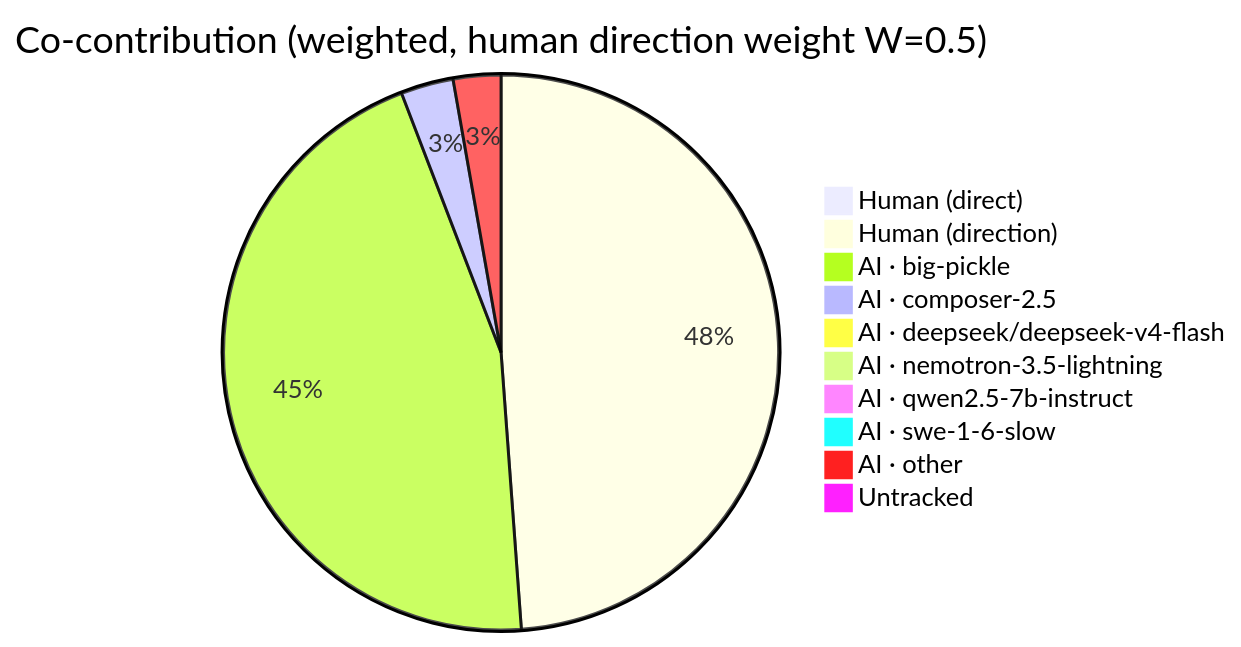
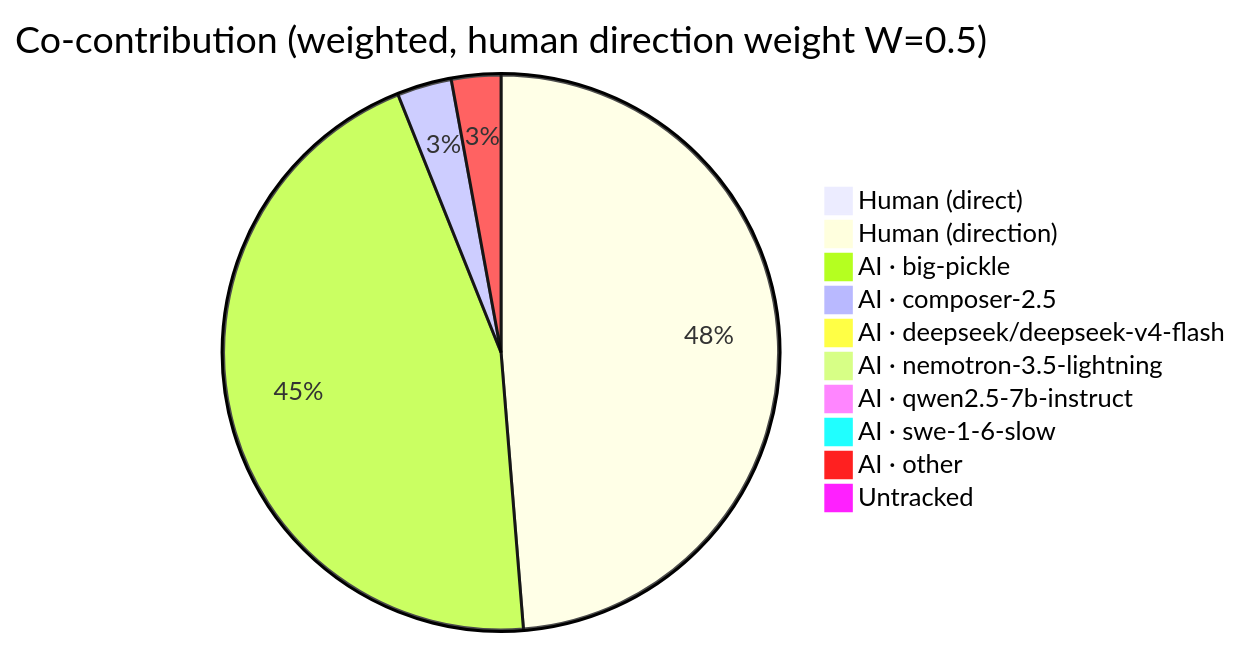
The first of 5 diagrams in AI-AUTHORSHIP.md (CaliMark/game-of-life), drawn with Mermaid before and after one commit. The commit also changed other lines of this file and 1 other file, not shown here.

````diff
--- a/AI-AUTHORSHIP.md
+++ b/AI-AUTHORSHIP.md
@@ -23,13 +23,13 @@
 ```mermaid
 pie title Co-contribution (weighted, human direction weight W=0.5)
     "Human (direct)" : 1
-    "Human (direction)" : 335
-    "AI · big-pickle" : 311
+    "Human (direction)" : 322
+    "AI · big-pickle" : 299
     "AI · composer-2.5" : 21
     "AI · deepseek/deepseek-v4-flash" : 1
     "AI · nemotron-3.5-lightning" : 1
     "AI · qwen2.5-7b-instruct" : 1
     "AI · swe-1-6-slow" : 1
     "AI · other" : 19
     "Untracked" : 0
 ```
````
